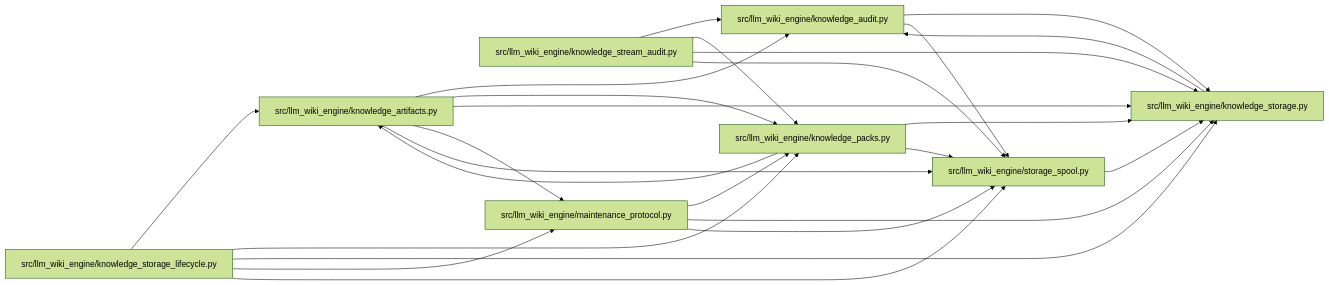
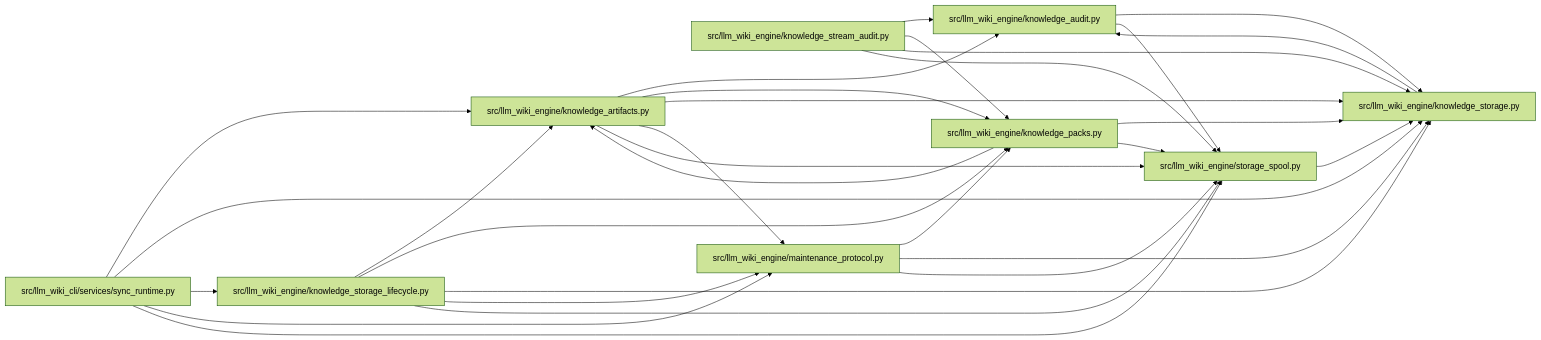
Before and after one commit to Denissvgn/python-wiki-llm: the diagram in docs/llm_wiki/modules/storage_spool.md, drawn with Mermaid (forest theme). The commit also changed other lines of this file and 522 other files, not shown here.

````diff
--- a/docs/llm_wiki/modules/storage_spool.md
+++ b/docs/llm_wiki/modules/storage_spool.md
@@ -27,43 +27,50 @@
 ```mermaid
 flowchart LR
-    n0["src/llm_wiki_engine/knowledge_artifacts.py"]
-    n1["src/llm_wiki_engine/knowledge_audit.py"]
-    n2["src/llm_wiki_engine/knowledge_packs.py"]
-    n3["src/llm_wiki_engine/knowledge_storage.py"]
-    n4["src/llm_wiki_engine/knowledge_storage_lifecycle.py"]
-    n5["src/llm_wiki_engine/knowledge_stream_audit.py"]
-    n6["src/llm_wiki_engine/maintenance_protocol.py"]
-    n7["src/llm_wiki_engine/storage_spool.py"]
+    n0["src/llm_wiki_cli/services/sync_runtime.py"]
+    n1["src/llm_wiki_engine/knowledge_artifacts.py"]
+    n2["src/llm_wiki_engine/knowledge_audit.py"]
+    n3["src/llm_wiki_engine/knowledge_packs.py"]
+    n4["src/llm_wiki_engine/knowledge_storage.py"]
+    n5["src/llm_wiki_engine/knowledge_storage_lifecycle.py"]
+    n6["src/llm_wiki_engine/knowledge_stream_audit.py"]
+    n7["src/llm_wiki_engine/maintenance_protocol.py"]
+    n8["src/llm_wiki_engine/storage_spool.py"]
     n0 --> n1
-    n0 --> n2
-    n0 --> n3
-    n0 --> n6
+    n0 --> n4
+    n0 --> n5
     n0 --> n7
+    n0 --> n8
+    n1 --> n2
     n1 --> n3
+    n1 --> n4
     n1 --> n7
-    n2 --> n0
-    n2 --> n3
-    n2 --> n7
+    n1 --> n8
+    n2 --> n4
+    n2 --> n8
     n3 --> n1
-    n4 --> n0
+    n3 --> n4
+    n3 --> n8
     n4 --> n2
-    n4 --> n3
-    n4 --> n6
-    n4 --> n7
     n5 --> n1
-    n5 --> n2
     n5 --> n3
+    n5 --> n4
     n5 --> n7
+    n5 --> n8
     n6 --> n2
     n6 --> n3
-    n6 --> n7
+    n6 --> n4
+    n6 --> n8
     n7 --> n3
-    click n0 "../modules/knowledge_artifacts.md"
-    click n1 "../modules/knowledge_audit.md"
-    click n2 "../modules/knowledge_packs.md"
-    click n3 "../modules/knowledge_storage.md"
-    click n4 "../modules/knowledge_storage_lifecycle.md"
-    click n5 "../modules/knowledge_stream_audit.md"
-    click n6 "../modules/maintenance_protocol.md"
-    click n7 "../modules/storage_spool.md"
+    n7 --> n4
+    n7 --> n8
+    n8 --> n4
+    click n0 "../modules/sync_runtime.md"
+    click n1 "../modules/knowledge_artifacts.md"
+    click n2 "../modules/knowledge_audit.md"
+    click n3 "../modules/knowledge_packs.md"
+    click n4 "../modules/knowledge_storage.md"
+    click n5 "../modules/knowledge_storage_lifecycle.md"
+    click n6 "../modules/knowledge_stream_audit.md"
+    click n7 "../modules/maintenance_protocol.md"
+    click n8 "../modules/storage_spool.md"
 ```
````
